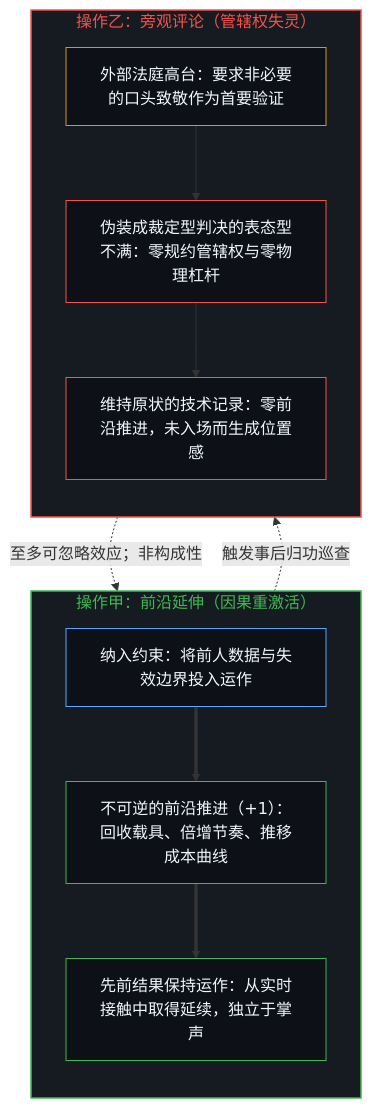
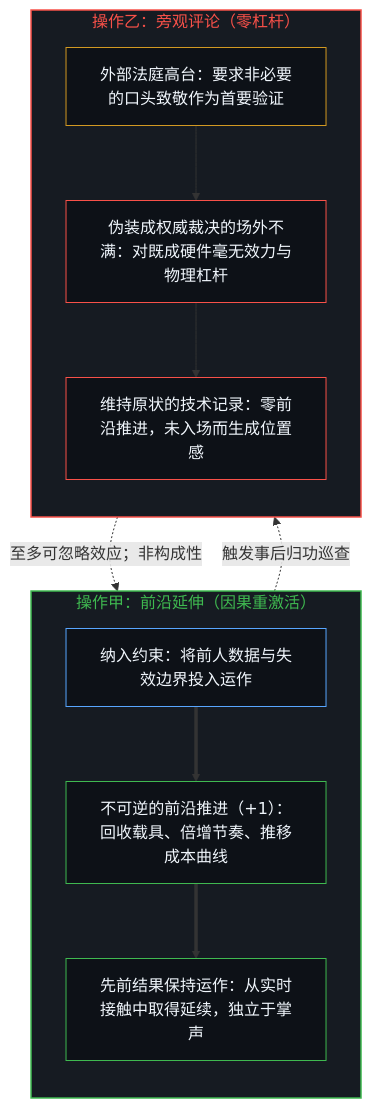
The third of 4 diagrams in content/posts/the-reversal-of-the-bystander-commentators.md (powerpig99/not-a-toe), drawn with Mermaid before and after one commit. The commit also changed other lines of this file and 24 other files, not shown here.

````diff
--- a/content/posts/the-reversal-of-the-bystander-commentators.md
+++ b/content/posts/the-reversal-of-the-bystander-commentators.md
@@ -111,27 +111,27 @@
 ```mermaid
 flowchart TD
     subgraph S_Frontier["操作甲：前沿延伸（因果重激活）"]
         direction TB
         A_Use["纳入约束：将前人数据与失效边界投入运作"]
         A_Advance["不可逆的前沿推进（+1）：回收载具、倍增节奏、推移成本曲线"]
         A_Keep["先前结果保持运作：从实时接触中取得延续，独立于掌声"]
         A_Use ==> A_Advance ==> A_Keep
     end
-    subgraph S_Tribunal["操作乙：旁观评论（管辖权失灵）"]
+    subgraph S_Tribunal["操作乙：旁观评论（零杠杆）"]
         direction TB
         B_Seat["外部法庭高台：要求非必要的口头致敬作为首要验证"]
-        B_Misfire["伪装成裁定型判决的表态型不满：零规约管辖权与零物理杠杆"]
+        B_Misfire["伪装成权威裁决的场外不满：对既成硬件毫无效力与物理杠杆"]
         B_Static["维持原状的技术记录：零前沿推进，未入场而生成位置感"]
         B_Seat --> B_Misfire --> B_Static
     end
     A_Advance -.->|"触发事后归功巡查"| B_Seat
     B_Misfire -.->|"至多可忽略效应；非构成性"| A_Keep
     style S_Frontier fill:#161b22,stroke:#3fb950,stroke-width:1.5px,color:#3fb950
     style S_Tribunal fill:#161b22,stroke:#f85149,stroke-width:1.5px,color:#f85149
     style A_Use fill:#0d1117,stroke:#58a6ff,stroke-width:1px,color:#f0f6fc
     style A_Advance fill:#0d1117,stroke:#3fb950,stroke-width:1px,color:#f0f6fc
     style A_Keep fill:#0d1117,stroke:#3fb950,stroke-width:1px,color:#f0f6fc
     style B_Seat fill:#0d1117,stroke:#d29922,stroke-width:1px,color:#f0f6fc
     style B_Misfire fill:#0d1117,stroke:#f85149,stroke-width:1px,color:#f0f6fc
     style B_Static fill:#0d1117,stroke:#f85149,stroke-width:1px,color:#f0f6fc
 ```
````
